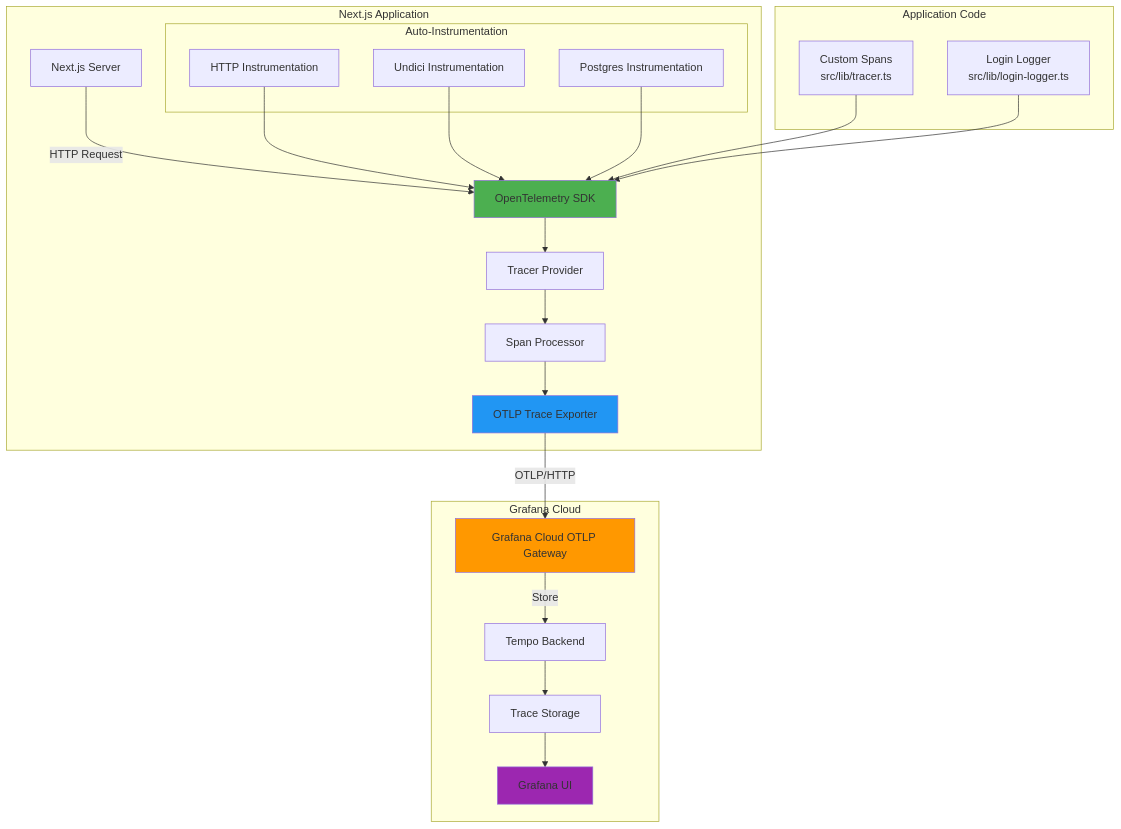
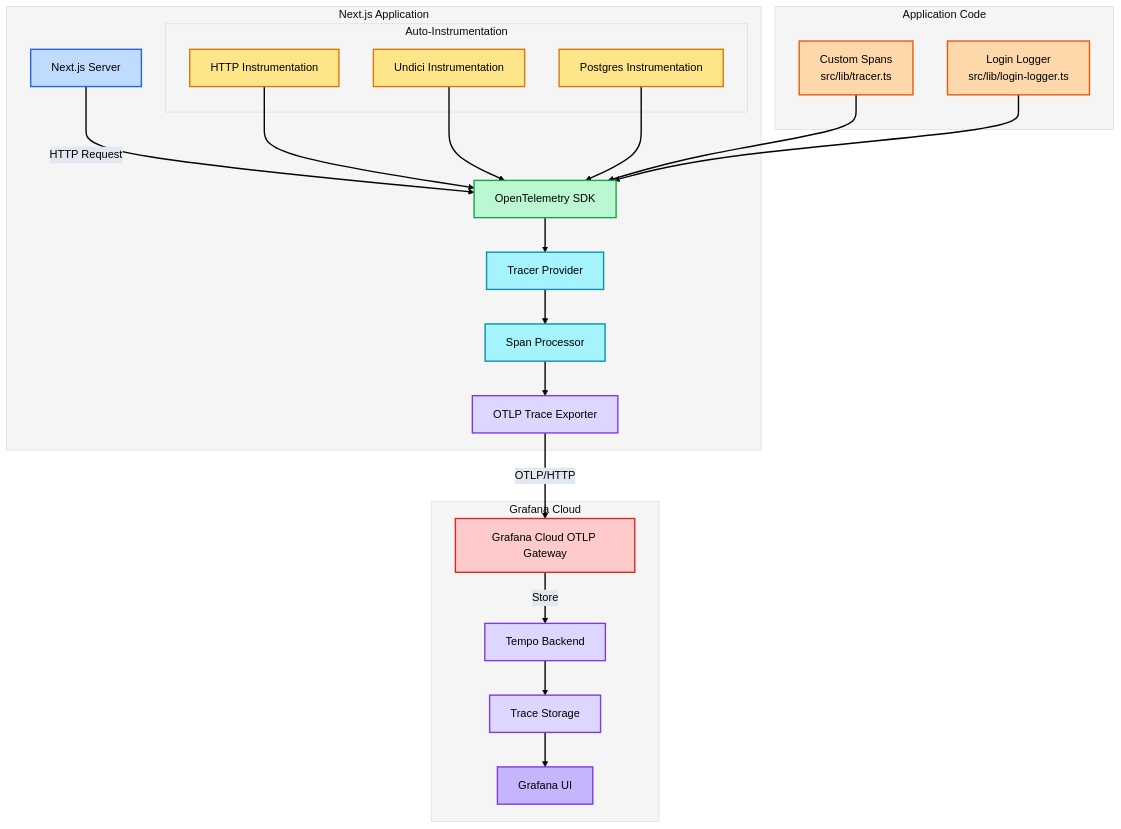
One commit to 3DHDSoft/devmultiplier-academy changed the first of 5 diagrams in doc/opentelemetry_architecture.md. Above: the diagram before and after it, drawn with Mermaid. The commit also changed other lines of this file and 17 other files, not shown here.

````diff
--- a/doc/opentelemetry_architecture.md
+++ b/doc/opentelemetry_architecture.md
@@ -34,40 +34,66 @@
 ```mermaid
+%%{init: {'theme': 'base', 'themeVariables': {
+  'primaryColor': '#f8fafc',
+  'primaryTextColor': '#000000',
+  'primaryBorderColor': '#94a3b8',
+  'lineColor': '#000000',
+  'secondaryColor': '#fafafa',
+  'tertiaryColor': '#f5f5f5',
+  'background': '#ffffff',
+  'textColor': '#000000',
+  'edgeLabelBackground': '#e2e8f0',
+  'fontFamily': 'system-ui, -apple-system, sans-serif'
+}}}%%
 graph TB
     subgraph "Next.js Application"
         A[Next.js Server] -->|HTTP Request| B[OpenTelemetry SDK]
         B --> C[Tracer Provider]
         C --> D[Span Processor]
         D --> E[OTLP Trace Exporter]
 
         subgraph "Auto-Instrumentation"
             F[HTTP Instrumentation]
             G[Undici Instrumentation]
             H[Postgres Instrumentation]
         end
 
         F --> B
         G --> B
         H --> B
     end
 
     subgraph "Application Code"
         I[Custom Spans<br/>src/lib/tracer.ts]
         J[Login Logger<br/>src/lib/login-logger.ts]
     end
 
     I --> B
     J --> B
 
     E -->|OTLP/HTTP| K[Grafana Cloud OTLP Gateway]
 
     subgraph "Grafana Cloud"
         K -->|Store| L[Tempo Backend]
         L --> M[Trace Storage]
         M --> N[Grafana UI]
     end
 
-    style B fill:#4CAF50
-    style E fill:#2196F3
-    style K fill:#FF9800
-    style N fill:#9C27B0
+    style A fill:#bfdbfe,stroke:#2563eb,color:#000000,stroke-width:2px
+    style B fill:#bbf7d0,stroke:#16a34a,color:#000000,stroke-width:2px
+    style C fill:#a5f3fc,stroke:#0891b2,color:#000000,stroke-width:2px
+    style D fill:#a5f3fc,stroke:#0891b2,color:#000000,stroke-width:2px
+    style E fill:#ddd6fe,stroke:#7c3aed,color:#000000,stroke-width:2px
+    style F fill:#fde68a,stroke:#d97706,color:#000000,stroke-width:2px
+    style G fill:#fde68a,stroke:#d97706,color:#000000,stroke-width:2px
+    style H fill:#fde68a,stroke:#d97706,color:#000000,stroke-width:2px
+    style I fill:#fed7aa,stroke:#ea580c,color:#000000,stroke-width:2px
+    style J fill:#fed7aa,stroke:#ea580c,color:#000000,stroke-width:2px
+    style K fill:#fecaca,stroke:#dc2626,color:#000000,stroke-width:2px
+    style L fill:#ddd6fe,stroke:#7c3aed,color:#000000,stroke-width:2px
+    style M fill:#ddd6fe,stroke:#7c3aed,color:#000000,stroke-width:2px
+    style N fill:#c4b5fd,stroke:#7c3aed,color:#000000,stroke-width:2px
+
+    linkStyle default stroke:#000000,stroke-width:2px
+
+    classDef subgraphStyle fill:#f8fafc,stroke:#cbd5e1,color:#000000,stroke-width:1px
 ```
````
